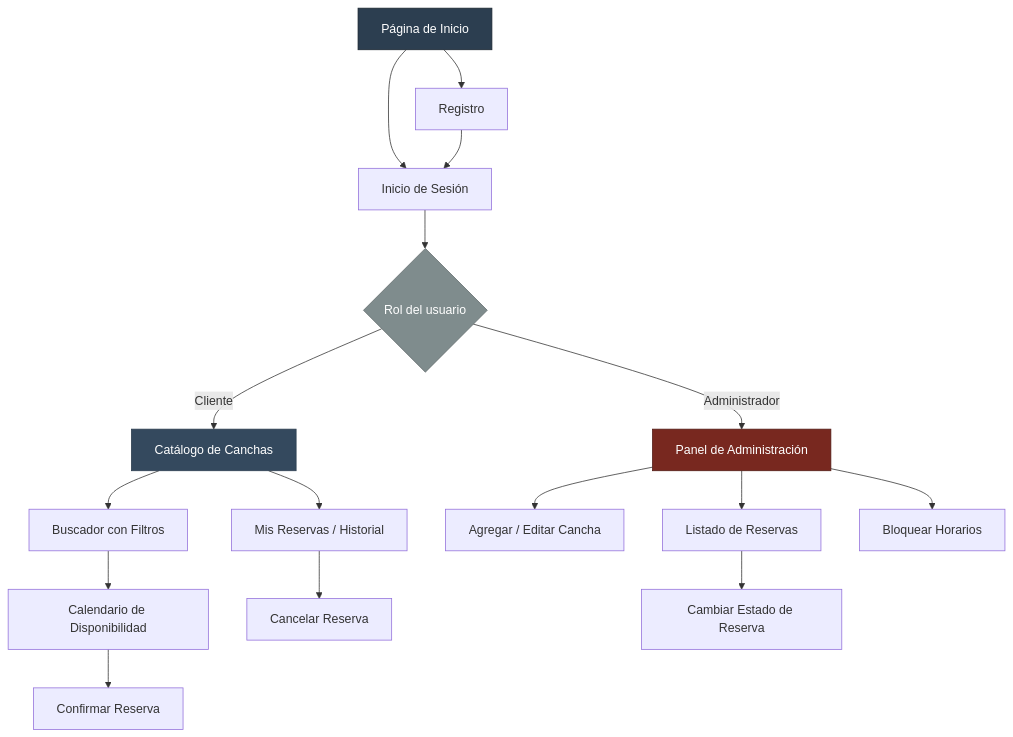
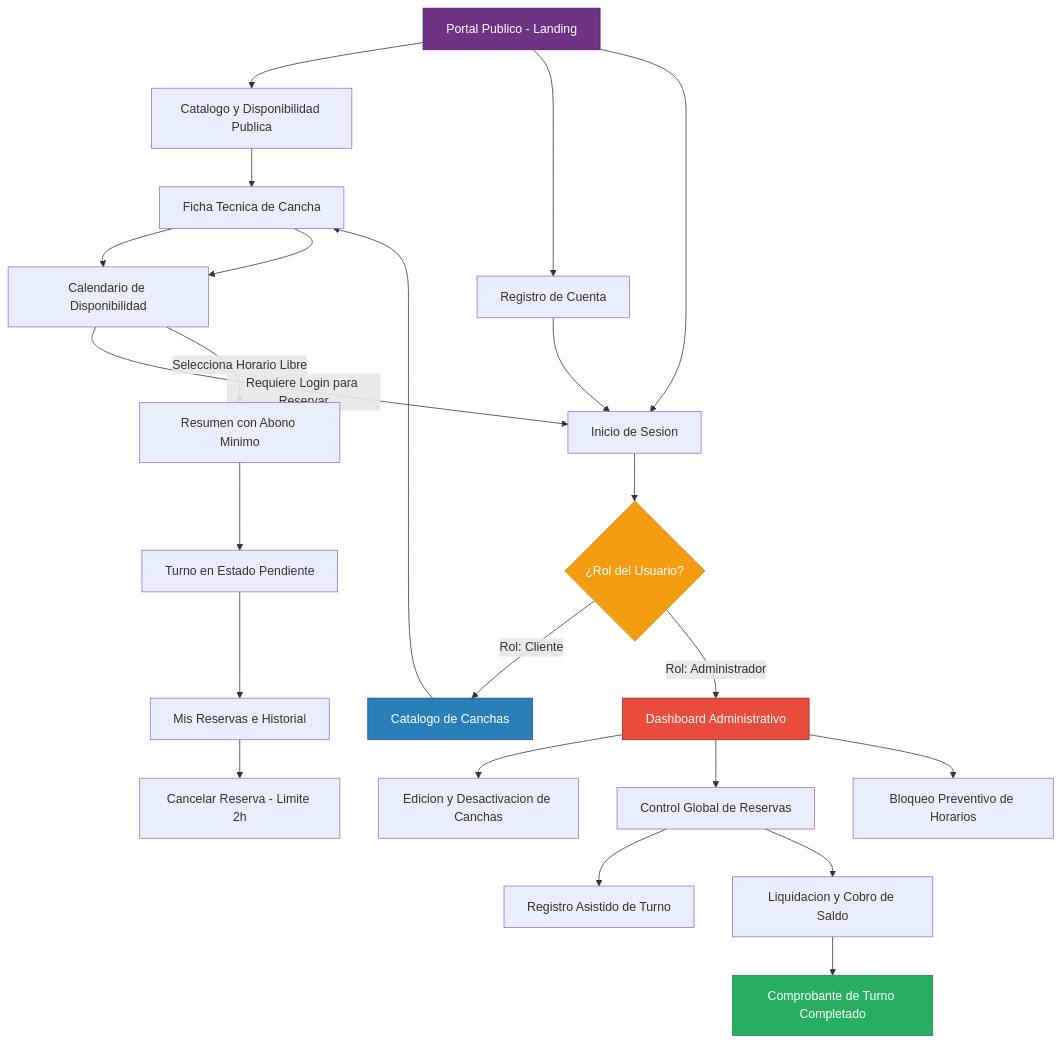
Before and after one commit to WalterJoel18/Sw-para-reserva-de-canchas-e-instalaciones-deportivas: the third of 4 diagrams in README.md, drawn with Mermaid. The commit also changed other lines of this file, not shown here.

````diff
--- a/README.md
+++ b/README.md
@@ -373,28 +430,61 @@
 ```mermaid
 flowchart TD
-    A["Página de Inicio"] --> B["Registro"]
-    A --> C["Inicio de Sesión"]
+    Inicio["Portal Publico - Landing"]
+    CatPub["Catalogo y Disponibilidad Publica"]
+    Reg["Registro de Cuenta"]
+    Login["Inicio de Sesion"]
+    ValidaRol{"¿Rol del Usuario?"}
 
-    C --> D{"Rol del usuario"}
+    %% Vistas Cliente
+    CatCli["Catalogo de Canchas"]
+    DetCancha["Ficha Tecnica de Cancha"]
+    Calen["Calendario de Disponibilidad"]
+    ResumenRes["Resumen con Abono Minimo"]
+    Confirmada["Turno en Estado Pendiente"]
+    MisRes["Mis Reservas e Historial"]
+    CancelaModal["Cancelar Reserva - Limite 2h"]
 
-    D -->|Cliente| E["Catálogo de Canchas"]
-    D -->|Administrador| K["Panel de Administración"]
+    %% Vistas Administrador
+    DashAdmin["Dashboard Administrativo"]
+    GestionCanchas["Edicion y Desactivacion de Canchas"]
+    ListadoRes["Control Global de Reservas"]
+    ReservaAsistida["Registro Asistido de Turno"]
+    LiquidarModal["Liquidacion y Cobro de Saldo"]
+    ComprobanteView["Comprobante de Turno Completado"]
+    BloqueoMantenimiento["Bloqueo Preventivo de Horarios"]
 
-    E --> F["Buscador con Filtros"]
-    F --> G["Calendario de Disponibilidad"]
-    G --> H["Confirmar Reserva"]
-    E --> I["Mis Reservas / Historial"]
-    I --> J["Cancelar Reserva"]
+    %% Flujos de Navegacion
+    Inicio --> CatPub
+    Inicio --> Reg
+    Inicio --> Login
 
-    K --> L["Agregar / Editar Cancha"]
-    K --> M["Listado de Reservas"]
-    M --> N["Cambiar Estado de Reserva"]
-    K --> O["Bloquear Horarios"]
+    CatPub --> DetCancha
+    DetCancha --> Calen
+    Calen -->|Requiere Login para Reservar| Login
 
-    B --> C
+    Reg --> Login
+    Login --> ValidaRol
 
-    style A fill:#2C3E50,stroke:#1A252F,color:#fff
-    style D fill:#7F8C8D,stroke:#616A6B,color:#fff
-    style E fill:#34495E,stroke:#2C3E50,color:#fff
-    style K fill:#78281F,stroke:#511B15,color:#fff
+    ValidaRol -->|Rol: Cliente| CatCli
+    ValidaRol -->|Rol: Administrador| DashAdmin
+
+    CatCli --> DetCancha
+    DetCancha --> Calen
+    Calen -->|Selecciona Horario Libre| ResumenRes
+    ResumenRes --> Confirmada
+    Confirmada --> MisRes
+    MisRes --> CancelaModal
+
+    DashAdmin --> GestionCanchas
+    DashAdmin --> ListadoRes
+    DashAdmin --> BloqueoMantenimiento
+    ListadoRes --> ReservaAsistida
+    ListadoRes --> LiquidarModal
+    LiquidarModal --> ComprobanteView
+
+    style Inicio fill:#6C3483,stroke:#4A235A,color:#fff
+    style ValidaRol fill:#F39C12,stroke:#D68910,color:#fff
+    style CatCli fill:#2980B9,stroke:#1A5276,color:#fff
+    style DashAdmin fill:#E74C3C,stroke:#922B21,color:#fff
+    style ComprobanteView fill:#27AE60,stroke:#1E8449,color:#fff
 ```
````
